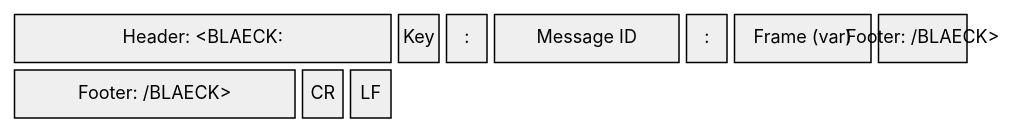
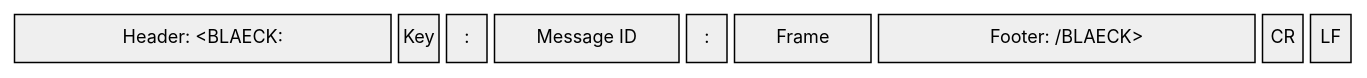
One commit to sebaJoSt/blaeck-protocol changed the diagram in protocol/frame-format.md. Above: the diagram before and after it, drawn with Mermaid.

Commit message:
Fix envelope diagram: single row, remove (var) from Frame label

````diff
--- a/protocol/frame-format.md
+++ b/protocol/frame-format.md
@@ -9,18 +9,18 @@
 ```mermaid
 ---
 config:
   packet:
     showBits: false
-    bitsPerRow: 20
+    bitsPerRow: 28
 ---
 packet-beta
   0-7: "Header: <BLAECK:"
   8: "Key"
   9: ":"
   10-13: "Message ID"
   14: ":"
-  15-17: "Frame (var)"
+  15-17: "Frame"
   18-25: "Footer: /BLAECK>"
   26: "CR"
   27: "LF"
 ```
````
